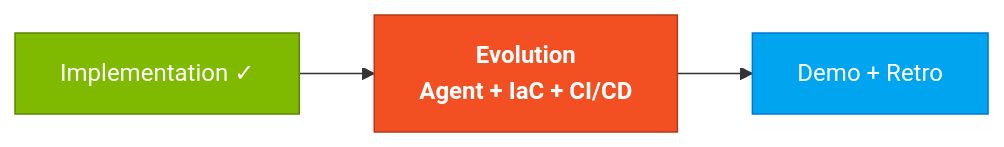
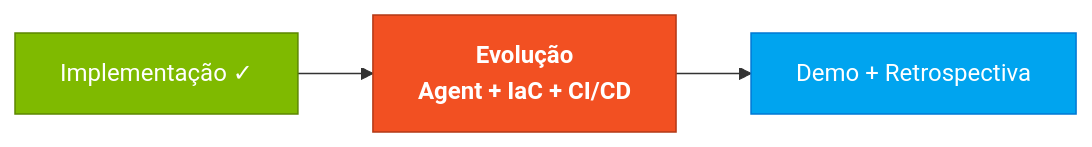
One commit to paulasilvatech/hackathon-datacorp-team-kit changed the first of 2 diagrams in pt-br/04-evolucao/GUIDE.md. Above: the diagram before and after it, drawn with Mermaid. The commit also changed other lines of this file and 172 other files, not shown here.

````diff
--- a/pt-br/04-evolucao/GUIDE.md
+++ b/pt-br/04-evolucao/GUIDE.md
@@ -19,12 +19,12 @@
 ```mermaid
 flowchart LR
  classDef done fill:#7FBA00,stroke:#5C8700,color:#fff
  classDef current fill:#F25022,stroke:#B33816,color:#fff,font-weight:bold
  classDef demo fill:#00A4EF,stroke:#0078D4,color:#fff
 
- IM[Implementation ✓]:::done
- EV[Evolution<br/>Agent + IaC + CI/CD]:::current
- DM[Demo + Retro]:::demo
+ IM[Implementação ✓]:::done
+ EV[Evolução<br/>Agent + IaC + CI/CD]:::current
+ DM[Demo + Retrospectiva]:::demo
 
  IM --> EV --> DM
 ```
````
